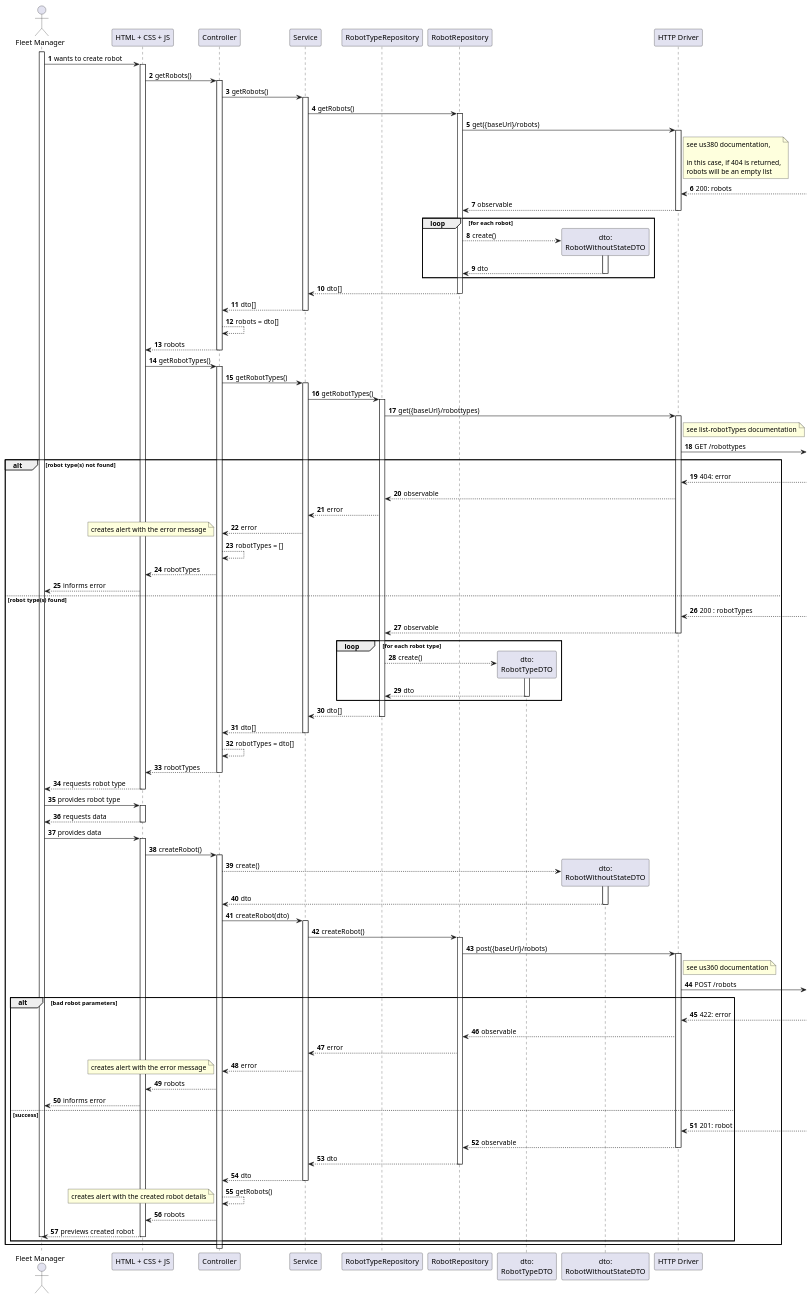
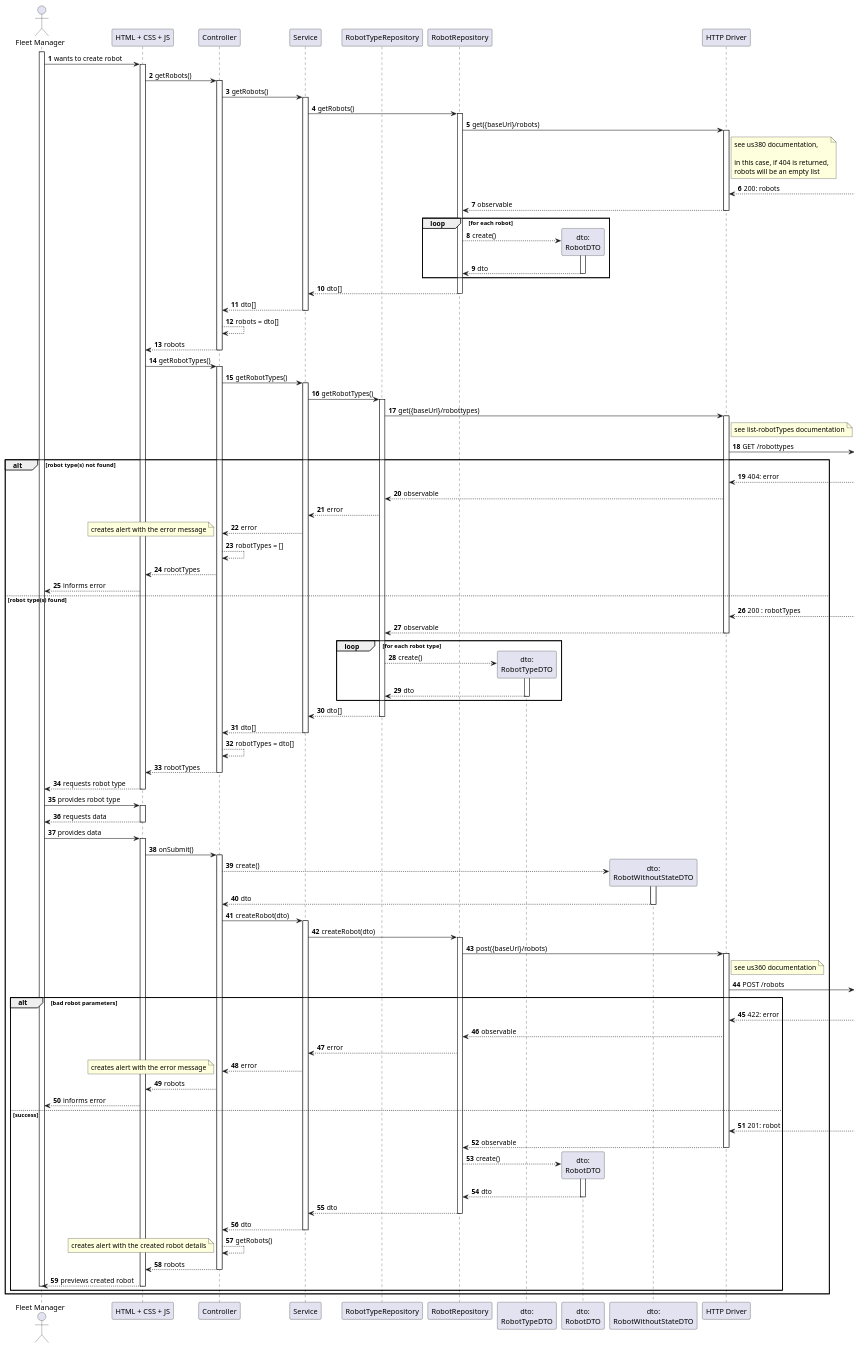
Before and after one commit to Departamento-de-Engenharia-Informatica/lapr5-23-24-g19: the diagram in docs/us1010/level3/process-view.puml, drawn with PlantUML. The commit also changed 11 other files, not shown here.

```diff
--- a/docs/us1010/level3/process-view.puml
+++ b/docs/us1010/level3/process-view.puml
@@ -1,130 +1,136 @@
 @startuml
 
 autonumber
 
 actor "Fleet Manager" as usr
 
 participant "HTML + CSS + JS" as view
 participant "Controller" as ctrl
 participant "Service" as svc
 participant "RobotTypeRepository" as t_repo
 participant "RobotRepository" as r_repo
 participant "dto:\nRobotTypeDTO" as t_dto
-participant "dto:\nRobotWithoutStateDTO" as r_dto
+participant "dto:\nRobotDTO" as r_dto
+participant "dto:\nRobotWithoutStateDTO" as rs_dto
 
 participant "HTTP Driver" as http
 
 activate usr
     usr -> view : wants to create robot
     activate view
         view -> ctrl : getRobots()
             activate ctrl
                 ctrl -> svc : getRobots()
                 activate svc
                     svc -> r_repo : getRobots()
                     activate r_repo 
                         r_repo -> http: get({baseUrl}/robots)
                         note right of http : see us380 documentation,\n\nin this case, if 404 is returned,\nrobots will be an empty list
                         activate http
                             http <--] : 200: robots
                             http --> r_repo : observable
                         deactivate http
                         loop for each robot 
                             r_repo --> r_dto** : create()
                             activate r_dto
                                 r_dto --> r_repo : dto
                             deactivate r_dto
                         end
                         r_repo --> svc : dto[]
                     deactivate r_repo
                     svc --> ctrl : dto[]
                 deactivate svc
                 ctrl --> ctrl : robots = dto[]
                 ctrl --> view : robots
             deactivate ctrl
         view -> ctrl : getRobotTypes()
         activate ctrl
             ctrl -> svc : getRobotTypes()
             activate svc
                 svc -> t_repo : getRobotTypes()
                 activate t_repo 
                     t_repo -> http: get({baseUrl}/robottypes)
                     note right of http : see list-robotTypes documentation
                     activate http
                         http ->] : GET /robottypes
 alt robot type(s) not found
                         http <--] : 404: error
                         http --> t_repo : observable
                         t_repo --> svc : error
                         svc --> ctrl : error
                         note left: creates alert with the error message
                         ctrl --> ctrl : robotTypes = []
                         ctrl --> view : robotTypes
                         view --> usr : informs error
 else robot type(s) found
                         http <--] : 200 : robotTypes
                         http --> t_repo : observable
                     deactivate http
                     loop for each robot type
                         t_repo --> t_dto** : create()
                         activate t_dto
                             t_dto --> t_repo : dto
                         deactivate t_dto
                     end
                     t_repo --> svc : dto[]
                 deactivate t_repo
                 svc --> ctrl : dto[]
             deactivate svc
             ctrl --> ctrl : robotTypes = dto[]
             ctrl --> view : robotTypes
         deactivate ctrl
         view --> usr : requests robot type
     deactivate view
 
     usr -> view : provides robot type
     activate view
         view --> usr : requests data
     deactivate view
 
     usr -> view : provides data
     activate view
-        view -> ctrl : createRobot()
+        view -> ctrl : onSubmit()
         activate ctrl
-            ctrl --> r_dto** : create()
-            activate r_dto
-                r_dto --> ctrl : dto
-            deactivate r_dto
+            ctrl --> rs_dto** : create()
+            activate rs_dto
+                rs_dto --> ctrl : dto
+            deactivate rs_dto
             ctrl -> svc : createRobot(dto)
             activate svc
-                svc -> r_repo : createRobot()
+                svc -> r_repo : createRobot(dto)
                 activate r_repo 
                     r_repo -> http: post({baseUrl}/robots)
                     activate http
                         note right of http : see us360 documentation
                         http ->] : POST /robots
 alt bad robot parameters
                         http <--] : 422: error
                         http --> r_repo : observable
                         r_repo --> svc : error
                         svc --> ctrl : error
                         note left: creates alert with the error message
                         ctrl --> view : robots
                         view --> usr : informs error
 else success
                         http <--] : 201: robot
                         http --> r_repo : observable
                     deactivate http
+                    r_repo --> r_dto** : create()
+                    activate r_dto
+                        r_dto --> r_repo : dto
+                    deactivate r_dto
                     r_repo --> svc : dto
                 deactivate r_repo 
                 svc --> ctrl : dto
             deactivate svc
             ctrl --> ctrl : getRobots()
             note left: creates alert with the created robot details
             ctrl --> view : robots
+        deactivate ctrl
         view --> usr : previews created robot
     deactivate view
 deactivate usr
 end
 end
 
 @enduml
```
